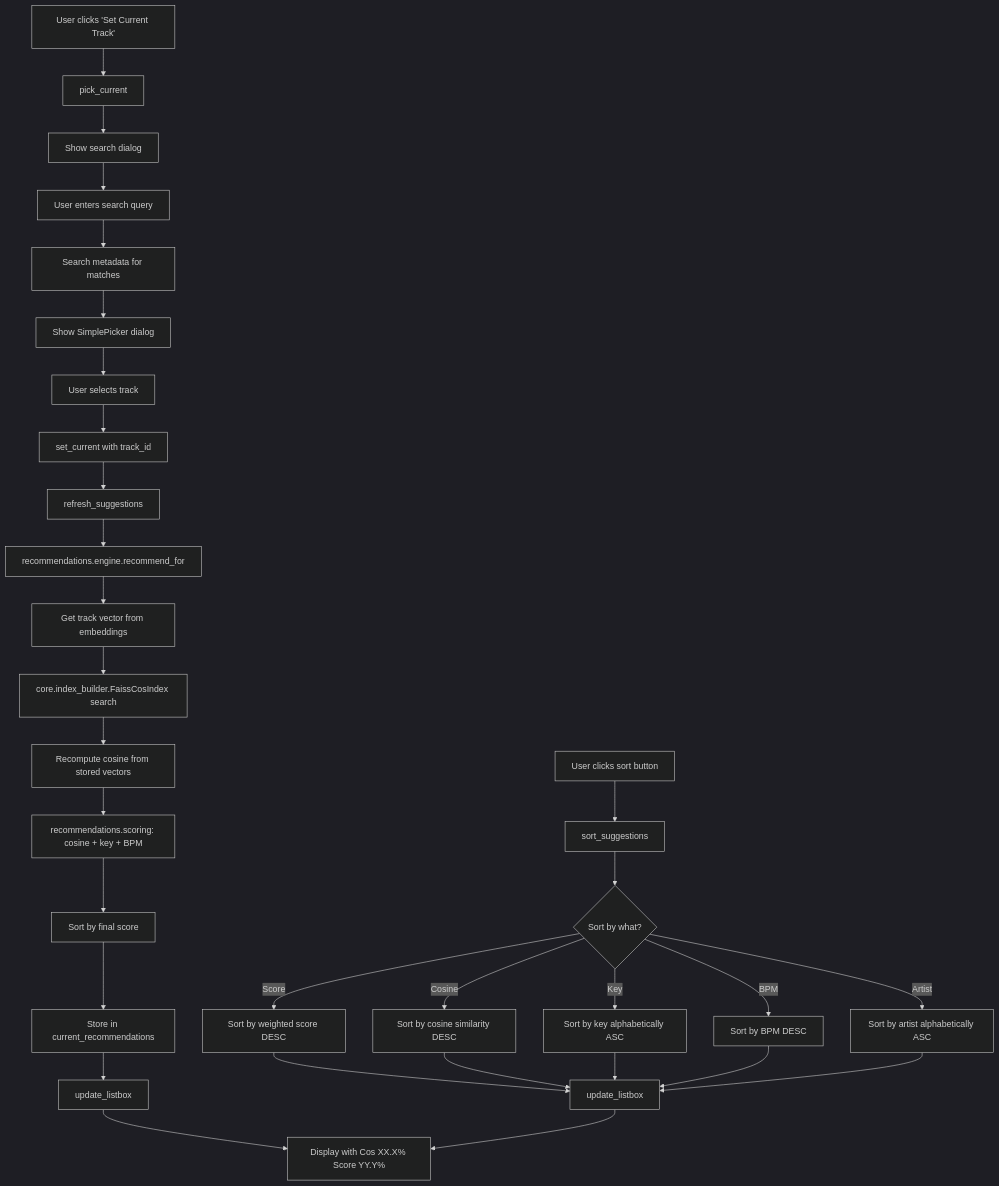
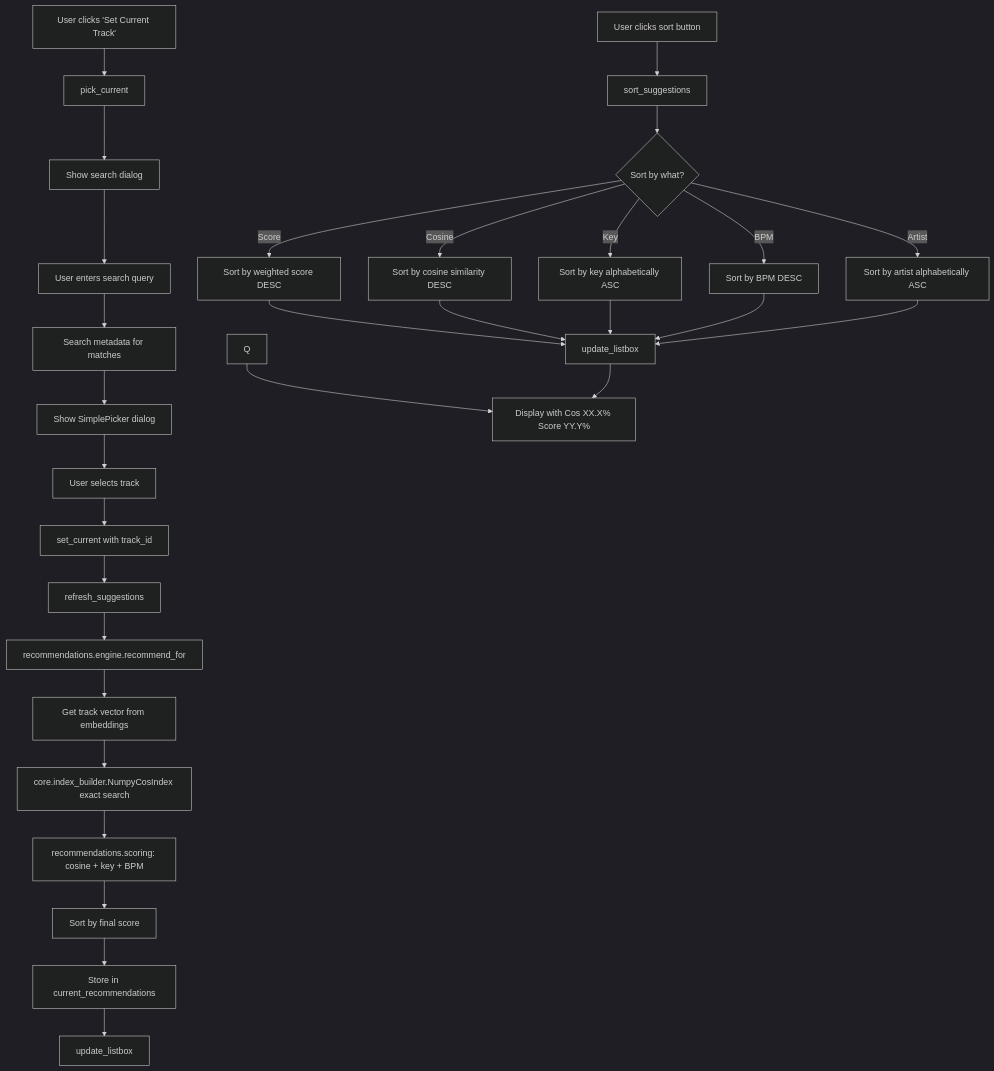
Before and after one commit to zeinramadan/cosine-companion: the third of 3 diagrams in docs/PROGRAM_FLOW.md, drawn with Mermaid (dark theme). The commit also changed other lines of this file and 5 other files, not shown here.

Commit message:
docs: describe exact 2560-dimensional search

````diff
--- a/docs/PROGRAM_FLOW.md
+++ b/docs/PROGRAM_FLOW.md
@@ -316,37 +317,36 @@
 ```mermaid
 graph TD
     A[User clicks 'Set Current Track'] --> B[pick_current]
     B --> C[Show search dialog]
     C --> D[User enters search query]
     D --> E[Search metadata for matches]
     E --> F[Show SimplePicker dialog]
     F --> G[User selects track]
     G --> H[set_current with track_id]
     H --> I[refresh_suggestions]
     
     I --> J[recommendations.engine.recommend_for]
     J --> K[Get track vector from embeddings]
-    K --> L[core.index_builder.FaissCosIndex search]
-    L --> M[Recompute cosine from stored vectors]
-    M --> N[recommendations.scoring: cosine + key + BPM]
-    N --> O[Sort by final score]
-    O --> P[Store in current_recommendations]
-    P --> Q[update_listbox]
+    K --> L[core.index_builder.NumpyCosIndex exact search]
+    L --> M[recommendations.scoring: cosine + key + BPM]
+    M --> N[Sort by final score]
+    N --> O[Store in current_recommendations]
+    O --> P[update_listbox]
     
     Q --> R[Display with Cos XX.X% Score YY.Y%]
     
     S[User clicks sort button] --> T[sort_suggestions]
     T --> U{Sort by what?}
     U -->|Score| V[Sort by weighted score DESC]
     U -->|Cosine| W[Sort by cosine similarity DESC]
     U -->|Key| X[Sort by key alphabetically ASC]
     U -->|BPM| Y[Sort by BPM DESC]
     U -->|Artist| Z[Sort by artist alphabetically ASC]
     
     V --> AA[update_listbox]
     W --> AA
     X --> AA
     Y --> AA
     Z --> AA
     AA --> R
 ```
````
